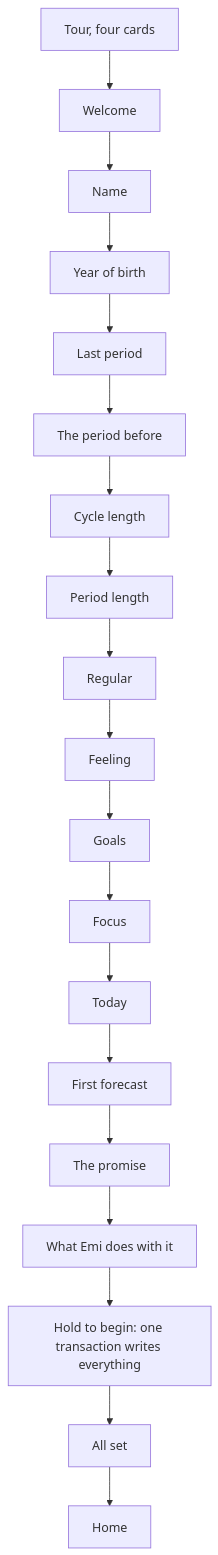
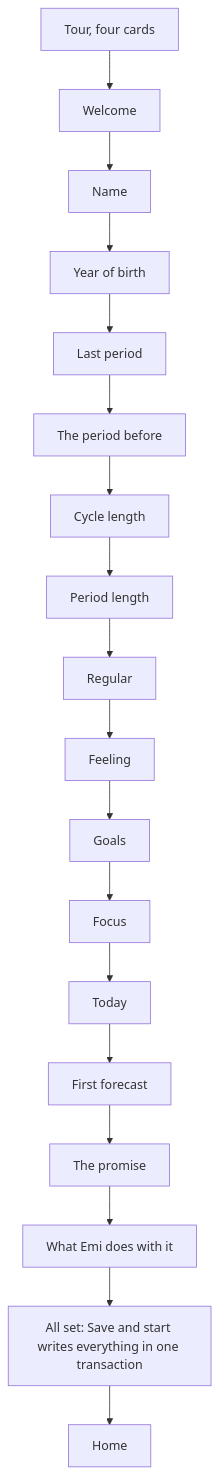
The first of 2 diagrams in docs/design/first-run.md (atlantic-blue/emi), drawn with Mermaid before and after one commit. The commit also changed other lines of this file and 44 other files, not shown here.

Commit message:
EMI: feat: one tap on save and start begins Emi

````diff
--- a/docs/design/first-run.md
+++ b/docs/design/first-run.md
@@ -35,21 +35,20 @@
 ```mermaid
 flowchart TD
   T["Tour, four cards"] --> W["Welcome"]
   W --> N["Name"]
   N --> BY["Year of birth"]
   BY --> LP["Last period"]
   LP --> PB["The period before"]
   PB --> CL["Cycle length"]
   CL --> PL["Period length"]
   PL --> R["Regular"]
   R --> F["Feeling"]
   F --> G["Goals"]
   G --> FO["Focus"]
   FO --> TD["Today"]
   TD --> FF["First forecast"]
   FF --> P["The promise"]
   P --> WG["What Emi does with it"]
-  WG --> H["Hold to begin: one transaction writes everything"]
-  H --> AS["All set"]
+  WG --> AS["All set: Save and start writes everything in one transaction"]
   AS --> HOME["Home"]
 ```
````
